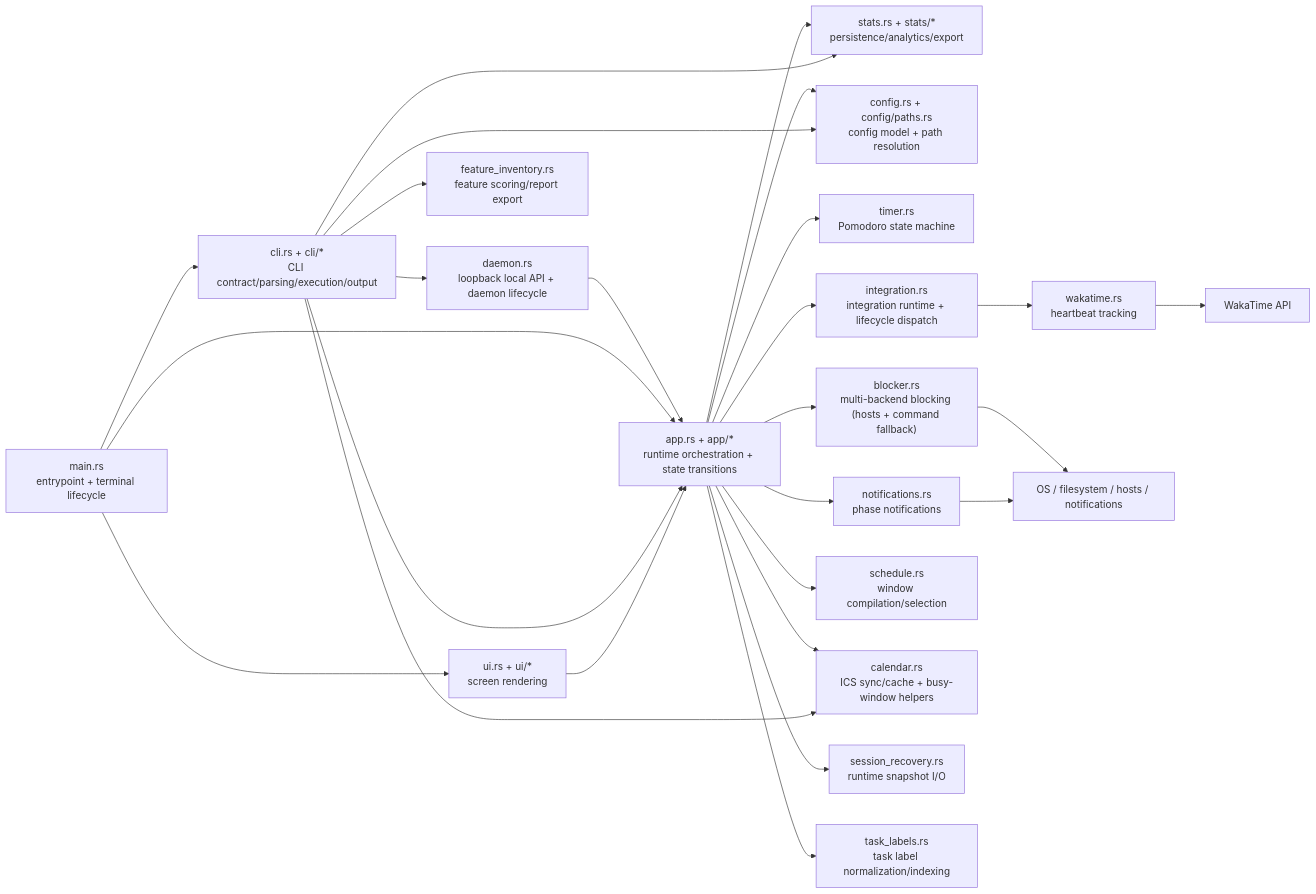
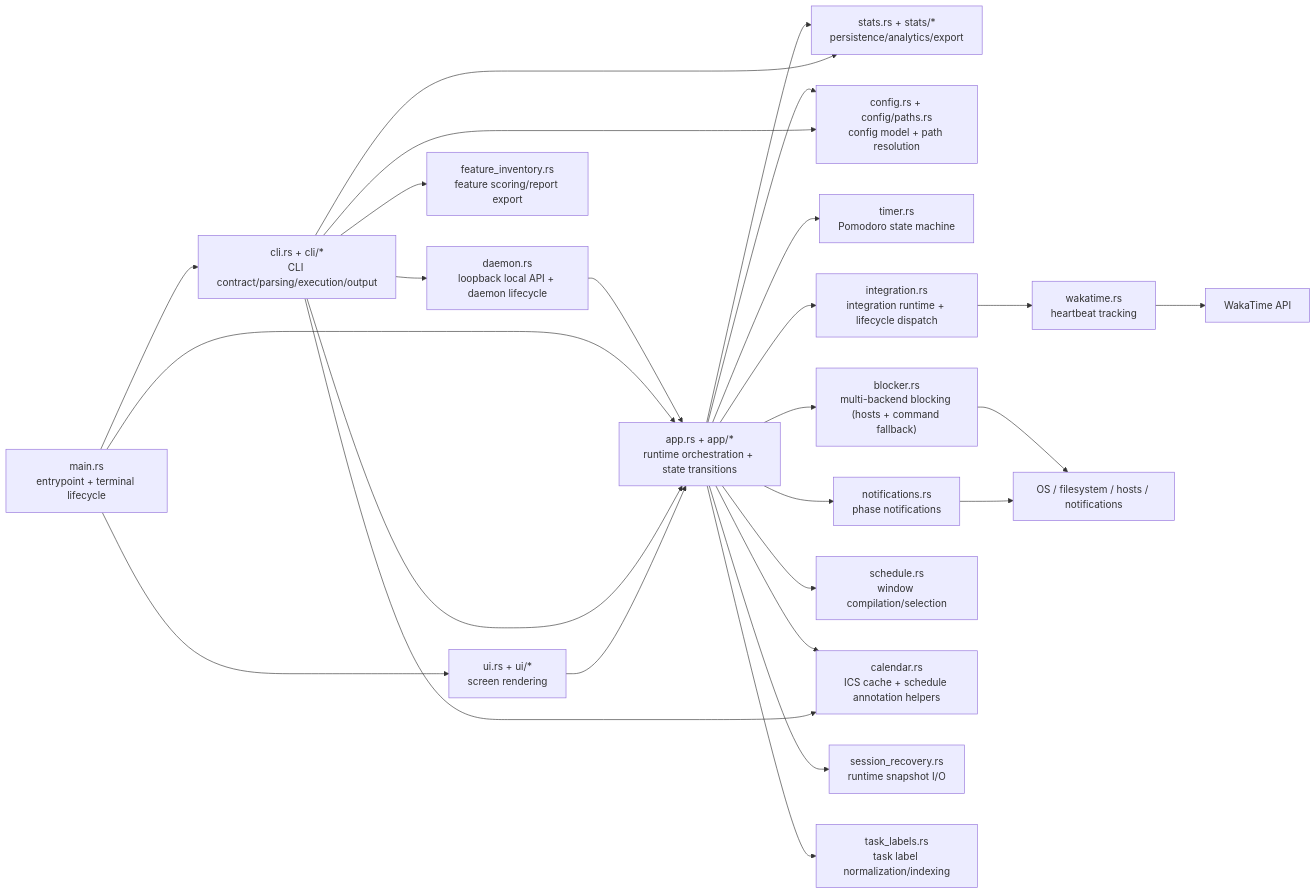
Before and after one commit to utilForever/focustime: the first of 2 diagrams in ARCHITECTURE.md, drawn with Mermaid. The commit also changed other lines of this file and 3 other files, not shown here.

Commit message:
docs: document calendar sync annotation model

````diff
--- a/ARCHITECTURE.md
+++ b/ARCHITECTURE.md
@@ -10,48 +10,48 @@
 ```mermaid
 flowchart LR
     M["main.rs<br/>entrypoint + terminal lifecycle"]
     CLI["cli.rs + cli/*<br/>CLI contract/parsing/execution/output"]
     DAE["daemon.rs<br/>loopback local API + daemon lifecycle"]
     APP["app.rs + app/*<br/>runtime orchestration + state transitions"]
     UI["ui.rs + ui/*<br/>screen rendering"]
     ST["stats.rs + stats/*<br/>persistence/analytics/export"]
     FI["feature_inventory.rs<br/>feature scoring/report export"]
     CFG["config.rs + config/paths.rs<br/>config model + path resolution"]
     TM["timer.rs<br/>Pomodoro state machine"]
     BL["blocker.rs<br/>multi-backend blocking (hosts + command fallback)"]
     IG["integration.rs<br/>integration runtime + lifecycle dispatch"]
     WK["wakatime.rs<br/>heartbeat tracking"]
     NT["notifications.rs<br/>phase notifications"]
     SCH["schedule.rs<br/>window compilation/selection"]
-    CAL["calendar.rs<br/>ICS sync/cache + busy-window helpers"]
+    CAL["calendar.rs<br/>ICS cache + schedule annotation helpers"]
     REC["session_recovery.rs<br/>runtime snapshot I/O"]
     TL["task_labels.rs<br/>task label normalization/indexing"]
     OS["OS / filesystem / hosts / notifications"]
     API["WakaTime API"]
 
     M --> CLI
     CLI --> DAE
     DAE --> APP
     M --> APP
     M --> UI
     APP --> CFG
     APP --> TM
     APP --> BL
     APP --> IG
     IG --> WK
     APP --> NT
     APP --> SCH
     APP --> CAL
     APP --> ST
     APP --> TL
     APP --> REC
     CLI --> APP
     CLI --> CFG
     CLI --> CAL
     CLI --> ST
     CLI --> FI
     UI --> APP
     BL --> OS
     NT --> OS
     WK --> API
 ```
````
